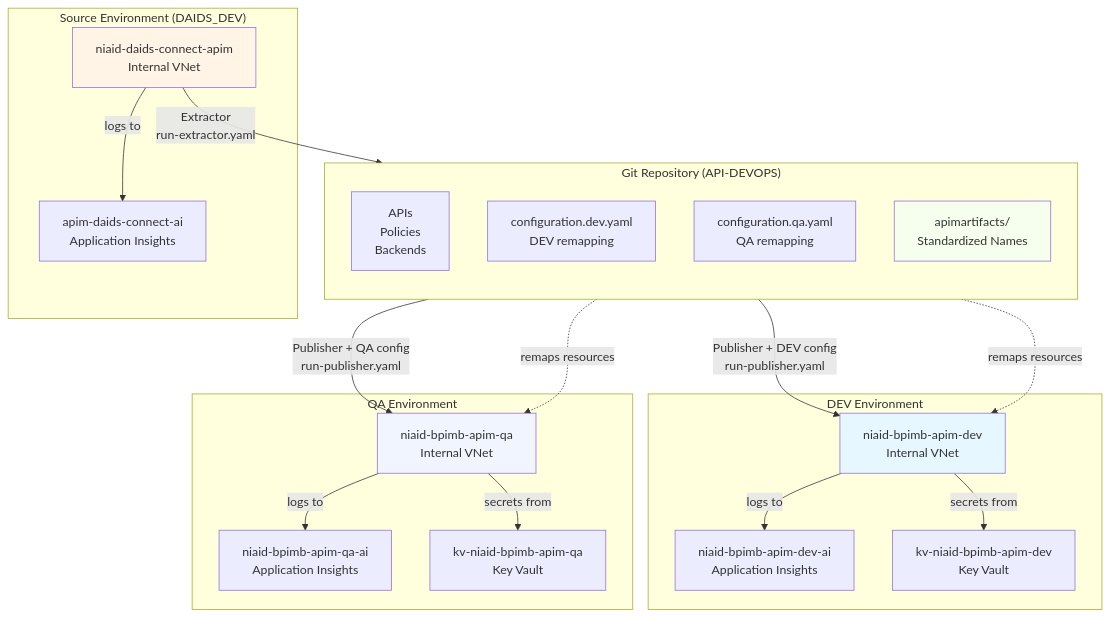
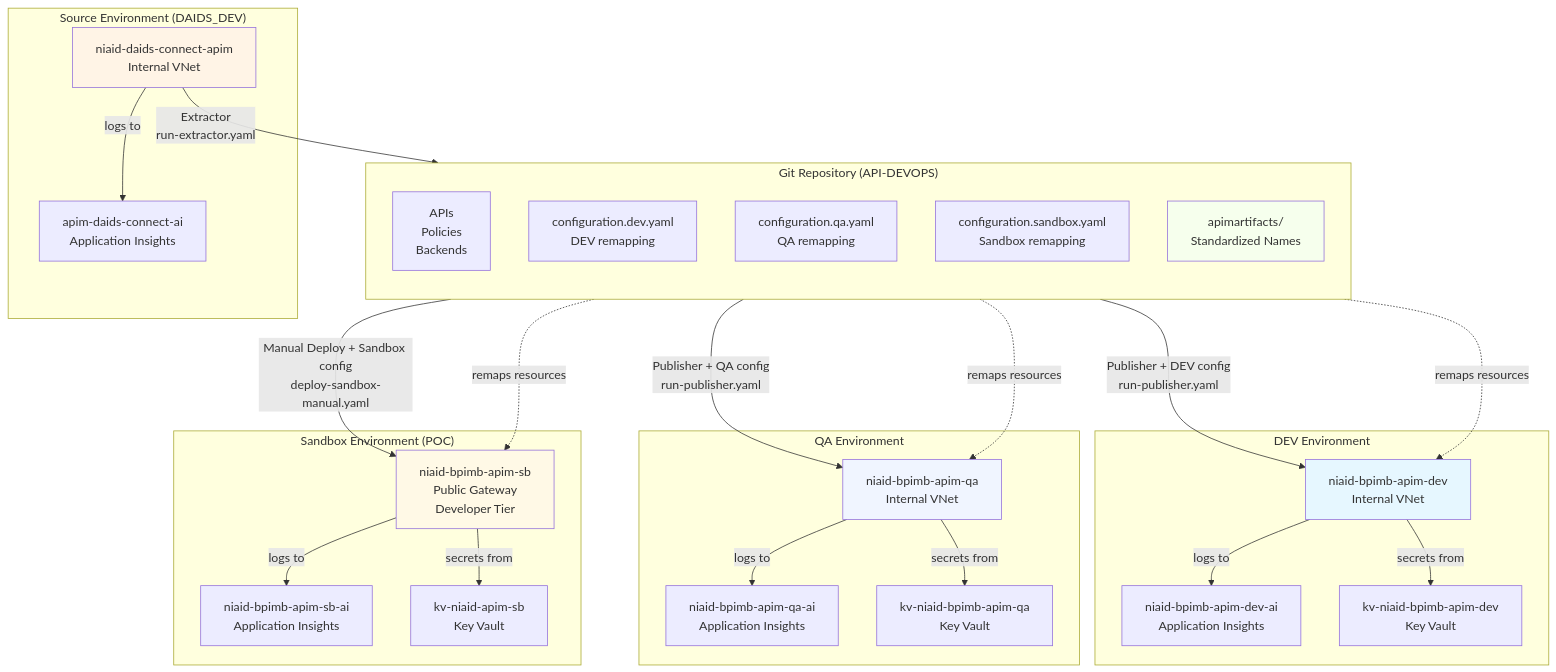
The fourth of 6 diagrams in README.md (NIAID-BPIMB-whiters/API-DEVOPS), drawn with Mermaid before and after one commit. The commit also changed other lines of this file and 1 other file, not shown here.

First line of the commit message:
docs: Complete sandbox networking details and update architecture diagrams

````diff
--- a/README.md
+++ b/README.md
@@ -2086,43 +2098,55 @@
 ```mermaid
 graph TD
     subgraph Source["Source Environment (DAIDS_DEV)"]
         DAIDS[niaid-daids-connect-apim<br/>Internal VNet]
         DAIDS_AI[apim-daids-connect-ai<br/>Application Insights]
         DAIDS --> |logs to| DAIDS_AI
     end
     
     subgraph Repo["Git Repository (API-DEVOPS)"]
         direction TB
         APIS[APIs<br/>Policies<br/>Backends]
         CONFIG_DEV[configuration.dev.yaml<br/>DEV remapping]
         CONFIG_QA[configuration.qa.yaml<br/>QA remapping]
+        CONFIG_SB[configuration.sandbox.yaml<br/>Sandbox remapping]
         ARTIFACTS[apimartifacts/<br/>Standardized Names]
     end
     
     subgraph DEV["DEV Environment"]
         DEV_APIM[niaid-bpimb-apim-dev<br/>Internal VNet]
         DEV_AI[niaid-bpimb-apim-dev-ai<br/>Application Insights]
         DEV_KV[kv-niaid-bpimb-apim-dev<br/>Key Vault]
         DEV_APIM --> |logs to| DEV_AI
         DEV_APIM --> |secrets from| DEV_KV
     end
     
     subgraph QA["QA Environment"]
         QA_APIM[niaid-bpimb-apim-qa<br/>Internal VNet]
         QA_AI[niaid-bpimb-apim-qa-ai<br/>Application Insights]
         QA_KV[kv-niaid-bpimb-apim-qa<br/>Key Vault]
         QA_APIM --> |logs to| QA_AI
         QA_APIM --> |secrets from| QA_KV
     end
     
+    subgraph Sandbox["Sandbox Environment (POC)"]
+        SB_APIM[niaid-bpimb-apim-sb<br/>Public Gateway<br/>Developer Tier]
+        SB_AI[niaid-bpimb-apim-sb-ai<br/>Application Insights]
+        SB_KV[kv-niaid-apim-sb<br/>Key Vault]
+        SB_APIM --> |logs to| SB_AI
+        SB_APIM --> |secrets from| SB_KV
+    end
+    
     DAIDS -->|Extractor<br/>run-extractor.yaml| ARTIFACTS
     ARTIFACTS -->|Publisher + DEV config<br/>run-publisher.yaml| DEV_APIM
     ARTIFACTS -->|Publisher + QA config<br/>run-publisher.yaml| QA_APIM
+    ARTIFACTS -->|Manual Deploy + Sandbox config<br/>deploy-sandbox-manual.yaml| SB_APIM
     CONFIG_DEV -.->|remaps resources| DEV_APIM
     CONFIG_QA -.->|remaps resources| QA_APIM
+    CONFIG_SB -.->|remaps resources| SB_APIM
     
     style DAIDS fill:#fff4e6
     style DEV_APIM fill:#e6f7ff
     style QA_APIM fill:#f0f5ff
+    style SB_APIM fill:#fff9e6
     style ARTIFACTS fill:#f6ffed
 ```
````
